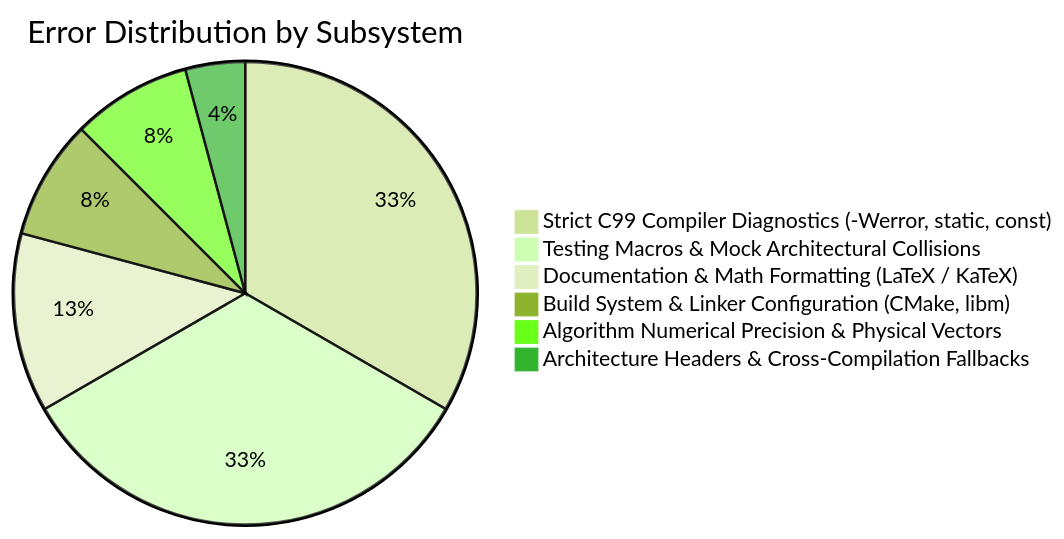
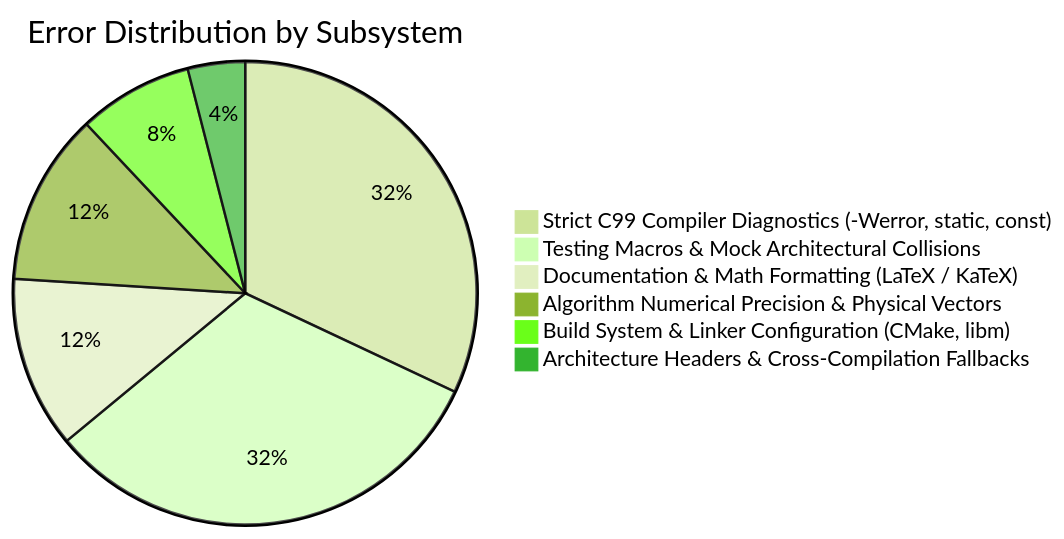
One commit to Thejus26/rain-predict changed the diagram in context/errors/README.md. Above: the diagram before and after it, drawn with Mermaid (forest theme). The commit also changed other lines of this file and 2 other files, not shown here.

````diff
--- a/context/errors/README.md
+++ b/context/errors/README.md
@@ -40,9 +41,9 @@
 ```mermaid
 pie title Error Distribution by Subsystem
     "Strict C99 Compiler Diagnostics (-Werror, static, const)" : 8
     "Testing Macros & Mock Architectural Collisions" : 8
     "Documentation & Math Formatting (LaTeX / KaTeX)" : 3
+    "Algorithm Numerical Precision & Physical Vectors" : 3
     "Build System & Linker Configuration (CMake, libm)" : 2
-    "Algorithm Numerical Precision & Physical Vectors" : 2
     "Architecture Headers & Cross-Compilation Fallbacks" : 1
 ```
````
